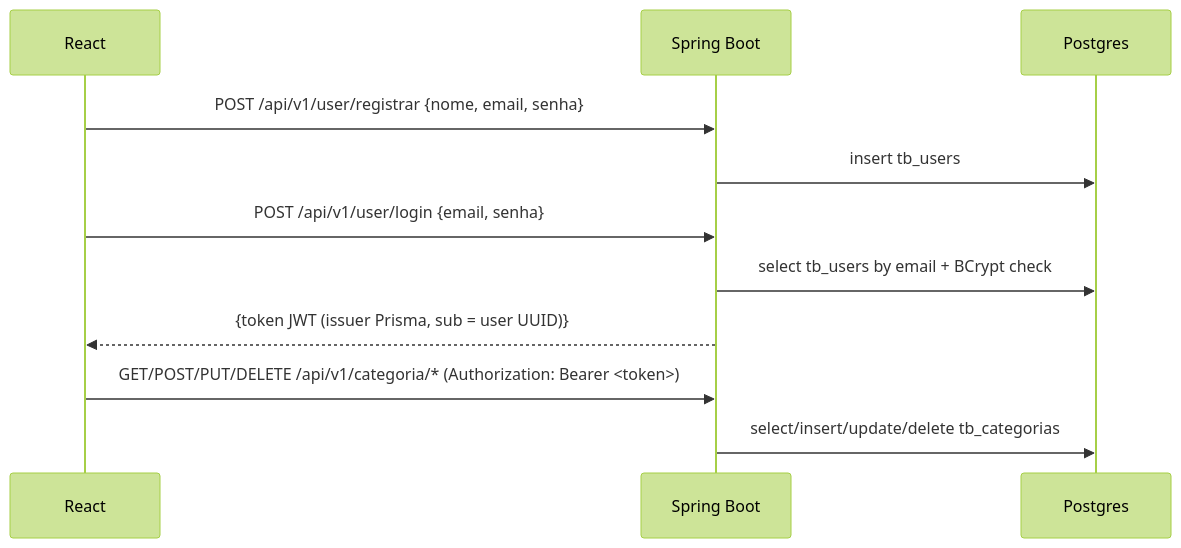
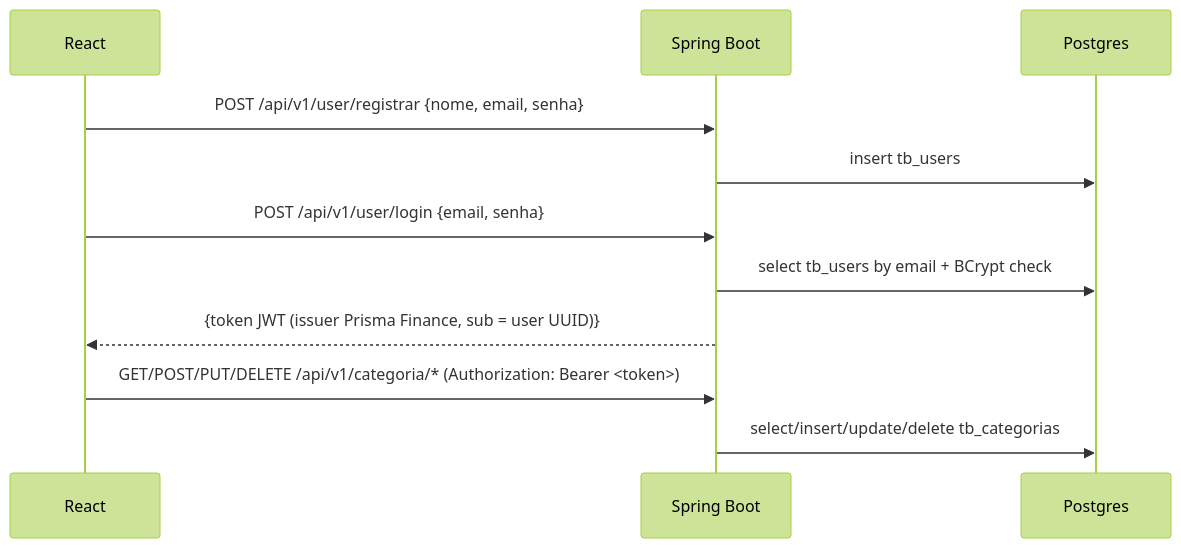
The second of 3 diagrams in README.md (Kaueroch/Prisma), drawn with Mermaid (forest theme) before and after one commit. The commit also changed other lines of this file and 6 other files, not shown here.

First line of the commit message:
docs: atualiza a marca para Prisma Finance na documentação

````diff
--- a/README.md
+++ b/README.md
@@ -67,13 +67,13 @@
 ```mermaid
 sequenceDiagram
   participant UI as React
   participant API as Spring Boot
   participant DB as Postgres
   UI->>API: POST /api/v1/user/registrar {nome, email, senha}
   API->>DB: insert tb_users
   UI->>API: POST /api/v1/user/login {email, senha}
   API->>DB: select tb_users by email + BCrypt check
-  API-->>UI: {token JWT (issuer Prisma, sub = user UUID)}
+  API-->>UI: {token JWT (issuer Prisma Finance, sub = user UUID)}
   UI->>API: GET/POST/PUT/DELETE /api/v1/categoria/* (Authorization: Bearer <token>)
   API->>DB: select/insert/update/delete tb_categorias
 ```
````
